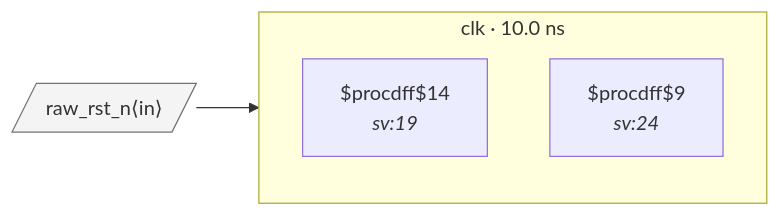
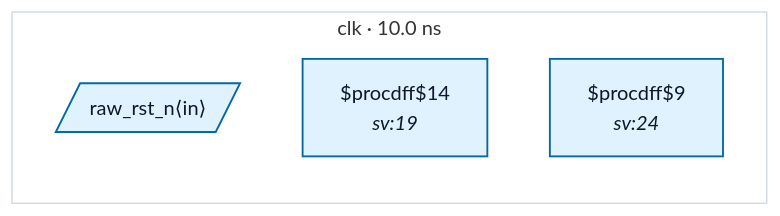
Before and after one commit to rtl-buddy/rtl-buddy-cdc: the diagram in tests/fixtures/good_rdc_002_polarity_match/README.md, drawn with Mermaid. The commit also changed 71 other files, not shown here.

````diff
--- a/tests/fixtures/good_rdc_002_polarity_match/README.md
+++ b/tests/fixtures/good_rdc_002_polarity_match/README.md
@@ -23,12 +23,14 @@
 ```mermaid
 %% good_rdc_002_polarity_match — generated by rtl-buddy-cdc render
 flowchart LR
   subgraph clk_clk["clk · 10.0 ns"]
     direction TB
-    f_771b46b7["$procdff$14<br/><i>sv:19</i>"]
-    f_653bb8c1["$procdff$9<br/><i>sv:24</i>"]
+    p_in_raw_rst_n[/"raw_rst_n⟨in⟩"/]:::ckcls_clk
+    f_771b46b7["$procdff$14<br/><i>sv:19</i>"]:::ckcls_clk
+    f_653bb8c1["$procdff$9<br/><i>sv:24</i>"]:::ckcls_clk
   end
-  p_in_raw_rst_n[/"raw_rst_n⟨in⟩"/]:::port
-  p_in_raw_rst_n --> f_771b46b7
-  classDef port fill:#f4f4f5,stroke:#71717a
+  style clk_clk fill:none,stroke:#cbd5e1
+  classDef ckcls_clk fill:#e0f2fe,stroke:#0369a1,stroke-width:1.5px,color:#0f172a
+  classDef port_unassigned fill:#f4f4f5,stroke:#71717a,color:#0f172a
+  classDef ckcls_legend_neutral fill:#ffffff,stroke:#cbd5e1,stroke-width:1px,color:#0f172a
 ```
````
